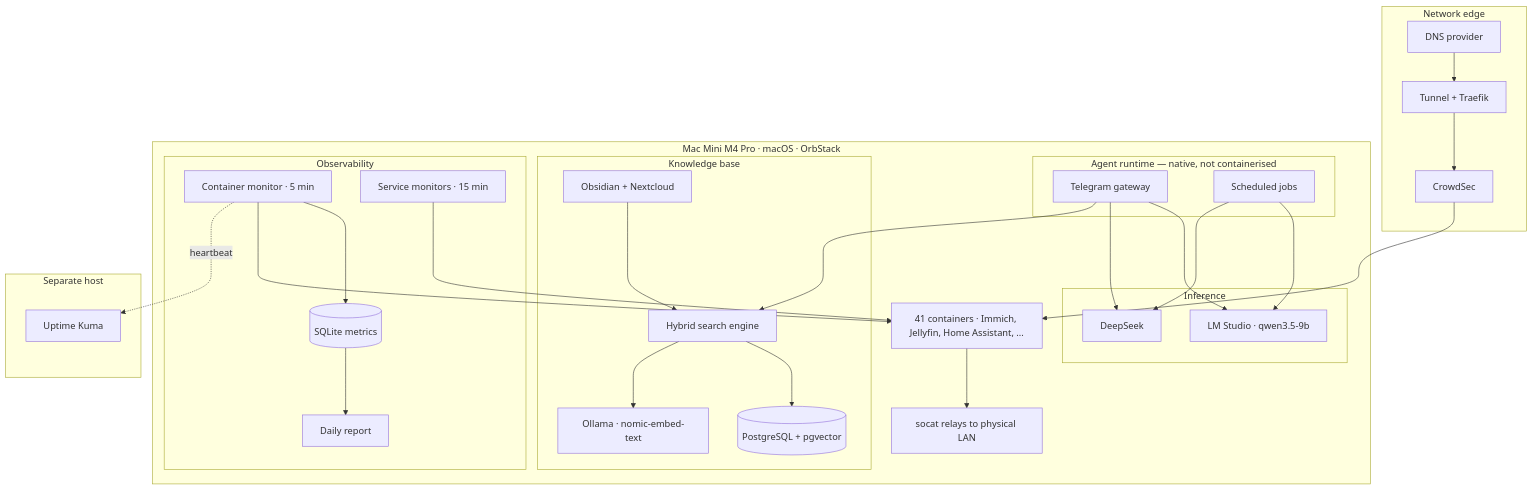
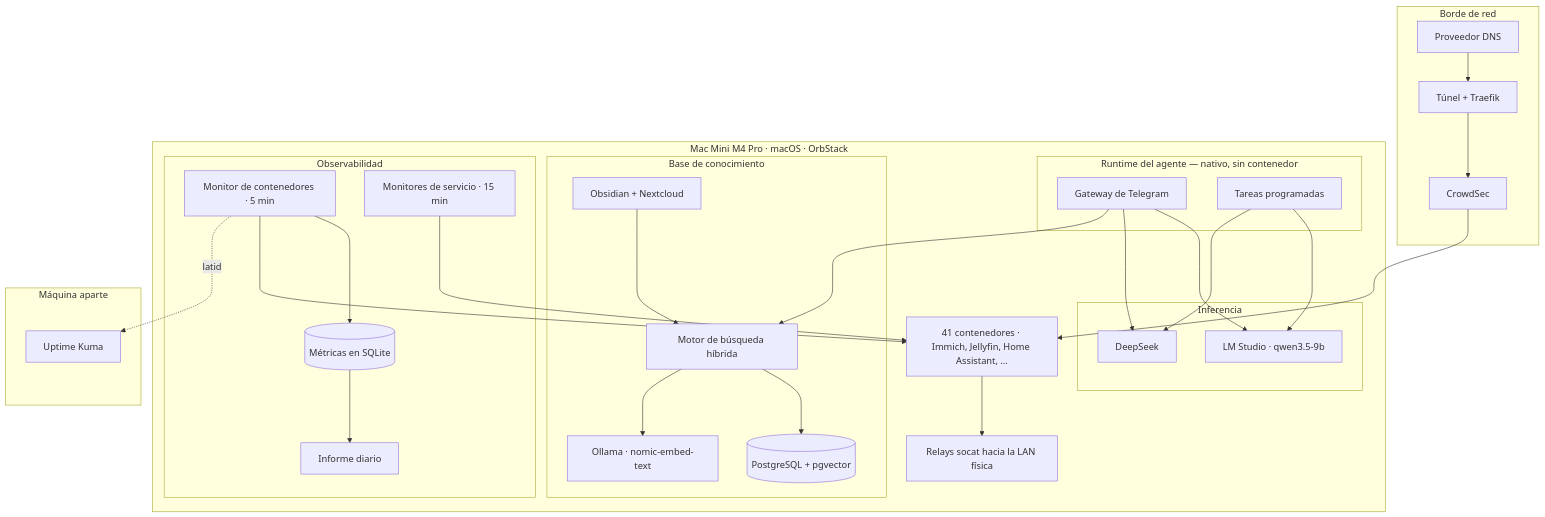
One commit to miquelblanch/homelab-ai-platform changed the first of 2 diagrams in docs/architecture.md. Above: the diagram before and after it, drawn with Mermaid. The commit also changed other lines of this file and 8 other files, not shown here.

````diff
--- a/docs/architecture.md
+++ b/docs/architecture.md
@@ -19,56 +19,56 @@
 ```mermaid
 flowchart TB
-    subgraph edge["Network edge"]
-        CF[DNS provider] --> TUN[Tunnel + Traefik]
+    subgraph edge["Borde de red"]
+        CF[Proveedor DNS] --> TUN[Túnel + Traefik]
         TUN --> WAF[CrowdSec]
     end
 
     subgraph host["Mac Mini M4 Pro · macOS · OrbStack"]
-        subgraph agent["Agent runtime — native, not containerised"]
-            GW[Telegram gateway]
-            CRON[Scheduled jobs]
+        subgraph agent["Runtime del agente — nativo, sin contenedor"]
+            GW[Gateway de Telegram]
+            CRON[Tareas programadas]
         end
 
-        subgraph models["Inference"]
+        subgraph models["Inferencia"]
             LOCAL[LM Studio · qwen3.5-9b]
             CLOUD[DeepSeek]
         end
 
-        subgraph rag["Knowledge base"]
-            GB[Hybrid search engine]
+        subgraph rag["Base de conocimiento"]
+            GB[Motor de búsqueda híbrida]
             SRC[Obsidian + Nextcloud]
             PG[(PostgreSQL + pgvector)]
             EMB[Ollama · nomic-embed-text]
         end
 
-        subgraph obs["Observability"]
-            DM[Container monitor · 5 min]
-            HM[Service monitors · 15 min]
-            SQL[(SQLite metrics)]
-            RPT[Daily report]
+        subgraph obs["Observabilidad"]
+            DM[Monitor de contenedores · 5 min]
+            HM[Monitores de servicio · 15 min]
+            SQL[(Métricas en SQLite)]
+            RPT[Informe diario]
         end
 
-        APPS[41 containers · Immich, Jellyfin, Home Assistant, ...]
-        RELAY[socat relays to physical LAN]
+        APPS[41 contenedores · Immich, Jellyfin, Home Assistant, ...]
+        RELAY[Relays socat hacia la LAN física]
     end
 
-    subgraph ext["Separate host"]
+    subgraph ext["Máquina aparte"]
         KUMA[Uptime Kuma]
     end
 
     WAF --> APPS
     GW --> LOCAL
     GW --> CLOUD
     GW --> GB
     CRON --> LOCAL
     CRON --> CLOUD
     GB --> PG
     GB --> EMB
     SRC --> GB
     DM --> SQL
     DM --> APPS
     HM --> APPS
     SQL --> RPT
     APPS --> RELAY
-    DM -.heartbeat.-> KUMA
+    DM -.latido.-> KUMA
 ```
````
